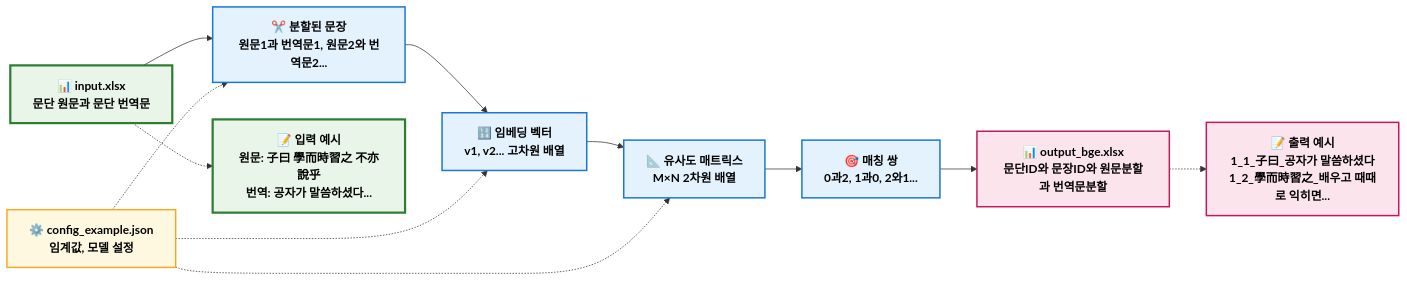
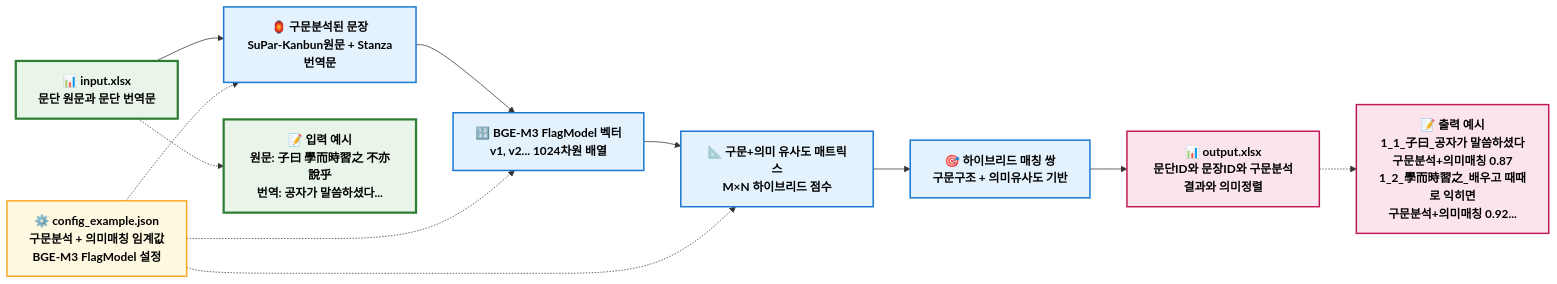
The sixth of 6 diagrams in etc/PA_디렉토리_플로우차트.md (hw725/CSP), drawn with Mermaid before and after one commit. The commit also changed other lines of this file and 439 other files, not shown here.

````diff
--- a/etc/PA_디렉토리_플로우차트.md
+++ b/etc/PA_디렉토리_플로우차트.md
@@ -331,42 +334,42 @@
 ```mermaid
 flowchart LR
     %% 스타일 정의
     classDef input fill:#e8f5e8,stroke:#2e7d32,stroke-width:3px,color:#000,font-weight:bold
     classDef intermediate fill:#e3f2fd,stroke:#1976d2,stroke-width:2px,color:#000,font-weight:bold
     classDef output fill:#fce4ec,stroke:#c2185b,stroke-width:2px,color:#000,font-weight:bold
     classDef config fill:#fff8e1,stroke:#f9a825,stroke-width:2px,color:#000,font-weight:bold
     
     %% 입력 데이터
     A[📊 input.xlsx<br/>문단 원문과 문단 번역문]:::input
     
     %% 중간 처리 데이터
-    B[✂️ 분할된 문장<br/>원문1과 번역문1, 원문2와 번역문2...]:::intermediate
-    C[🔢 임베딩 벡터<br/>v1, v2... 고차원 배열]:::intermediate
-    D[📐 유사도 매트릭스<br/>M×N 2차원 배열]:::intermediate
-    E[🎯 매칭 쌍<br/>0과2, 1과0, 2와1...]:::intermediate
+    B[🏮 구문분석된 문장<br/>SuPar-Kanbun원문 + Stanza번역문]:::intermediate
+    C[🔢 BGE-M3 FlagModel 벡터<br/>v1, v2... 1024차원 배열]:::intermediate
+    D[📐 구문+의미 유사도 매트릭스<br/>M×N 하이브리드 점수]:::intermediate
+    E[🎯 하이브리드 매칭 쌍<br/>구문구조 + 의미유사도 기반]:::intermediate
     
     %% 출력 데이터
-    F[📊 output_bge.xlsx<br/>문단ID와 문장ID와 원문분할과 번역문분할]:::output
+    F[📊 output.xlsx<br/>문단ID와 문장ID와 구문분석결과와 의미정렬]:::output
     
     %% 설정 파일
-    G[⚙️ config_example.json<br/>임계값, 모델 설정]:::config
+    G[⚙️ config_example.json<br/>구문분석 + 의미매칭 임계값<br/>BGE-M3 FlagModel 설정]:::config
     
     %% 데이터 플로우
     A --> B
     B --> C
     C --> D
     D --> E
     E --> F
     
     %% 설정 참조
     G -.-> B
     G -.-> C
     G -.-> D
     
     %% 데이터 형태 예시
     H[📝 입력 예시<br/>원문: 子曰 學而時習之 不亦說乎<br/>번역: 공자가 말씀하셨다...]:::input
-    I[📝 출력 예시<br/>1_1_子曰_공자가 말씀하셨다<br/>1_2_學而時習之_배우고 때때로 익히면...]:::output
+    I[📝 출력 예시<br/>1_1_子曰_공자가 말씀하셨다<br/>구문분석+의미매칭 0.87<br/>1_2_學而時習之_배우고 때때로 익히면<br/>구문분석+의미매칭 0.92...]:::output
     
     A -.-> H
     F -.-> I
 ```
````
